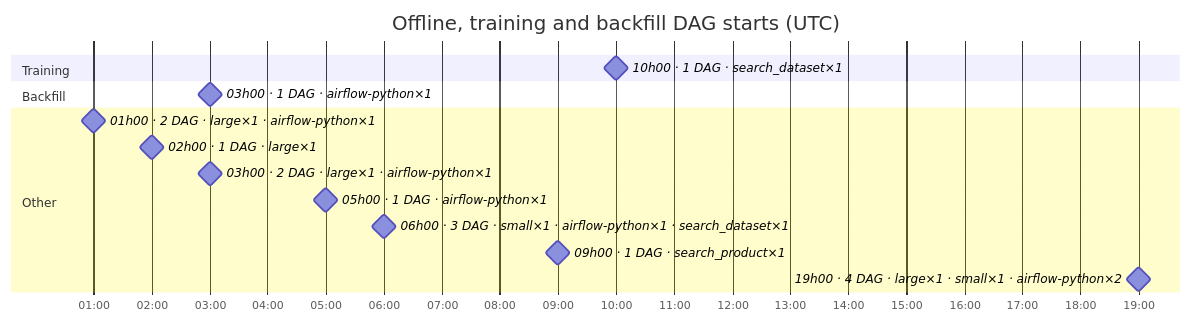
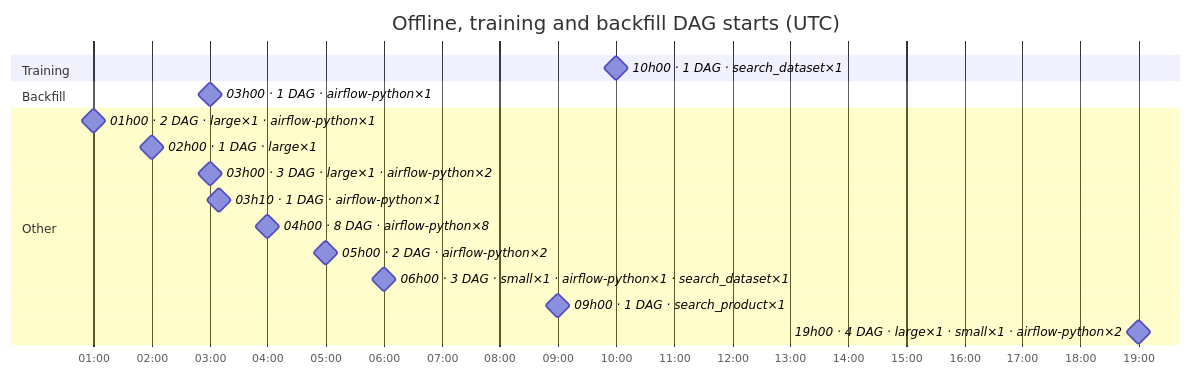
Before and after one commit to DayMarket/ml-feature-platform: the sixth of 7 diagrams in docs/feature_platform_map.md, drawn with Mermaid. The commit also changed other lines of this file and 5 other files, not shown here.

````diff
--- a/docs/feature_platform_map.md
+++ b/docs/feature_platform_map.md
@@ -288,19 +314,21 @@
 ```mermaid
 gantt
     title Offline, training and backfill DAG starts (UTC)
     dateFormat HH:mm
     axisFormat %H:%M
     tickInterval 1hour
     section Training
     10h00 · 1 DAG · search_dataset×1 :milestone, s0_0600, 10:00, 0m
     section Backfill
     03h00 · 1 DAG · airflow-python×1 :milestone, s1_0180, 03:00, 0m
     section Other
     01h00 · 2 DAG · large×1 · airflow-python×1 :milestone, s2_0060, 01:00, 0m
     02h00 · 1 DAG · large×1 :milestone, s2_0120, 02:00, 0m
-    03h00 · 2 DAG · large×1 · airflow-python×1 :milestone, s2_0180, 03:00, 0m
-    05h00 · 1 DAG · airflow-python×1 :milestone, s2_0300, 05:00, 0m
+    03h00 · 3 DAG · large×1 · airflow-python×2 :milestone, s2_0180, 03:00, 0m
+    03h10 · 1 DAG · airflow-python×1 :milestone, s2_0190, 03:10, 0m
+    04h00 · 8 DAG · airflow-python×8 :milestone, s2_0240, 04:00, 0m
+    05h00 · 2 DAG · airflow-python×2 :milestone, s2_0300, 05:00, 0m
     06h00 · 3 DAG · small×1 · airflow-python×1 · search_dataset×1 :milestone, s2_0360, 06:00, 0m
     09h00 · 1 DAG · search_product×1 :milestone, s2_0540, 09:00, 0m
     19h00 · 4 DAG · large×1 · small×1 · airflow-python×2 :milestone, s2_1140, 19:00, 0m
 ```
````
